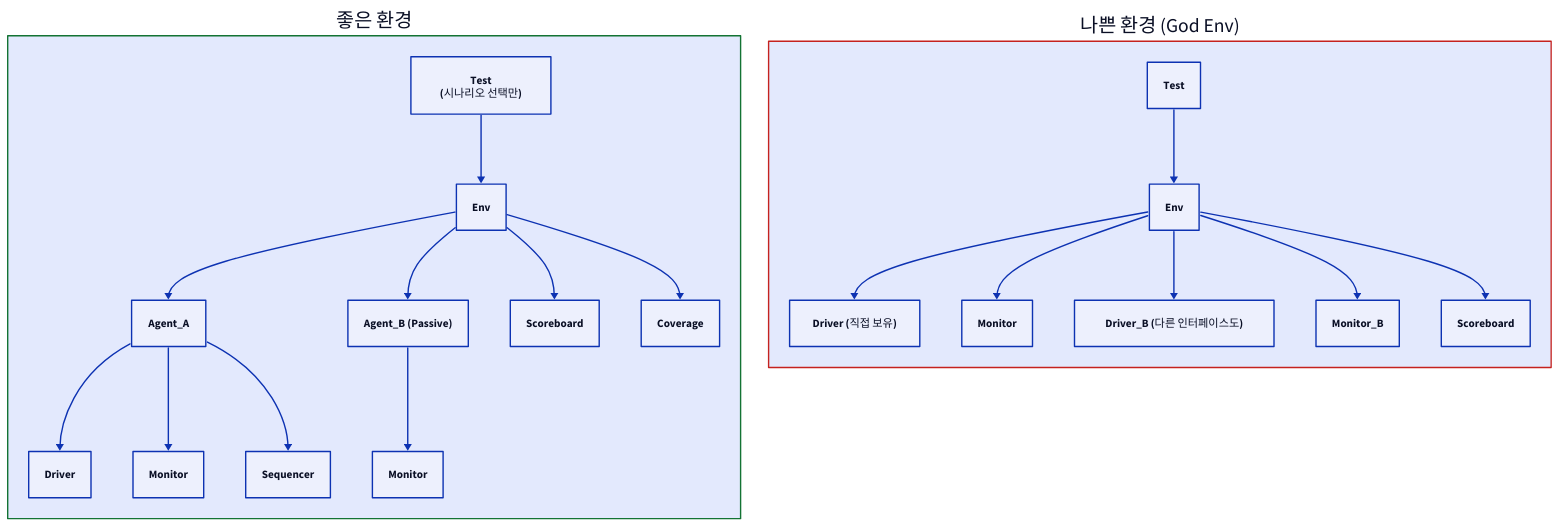
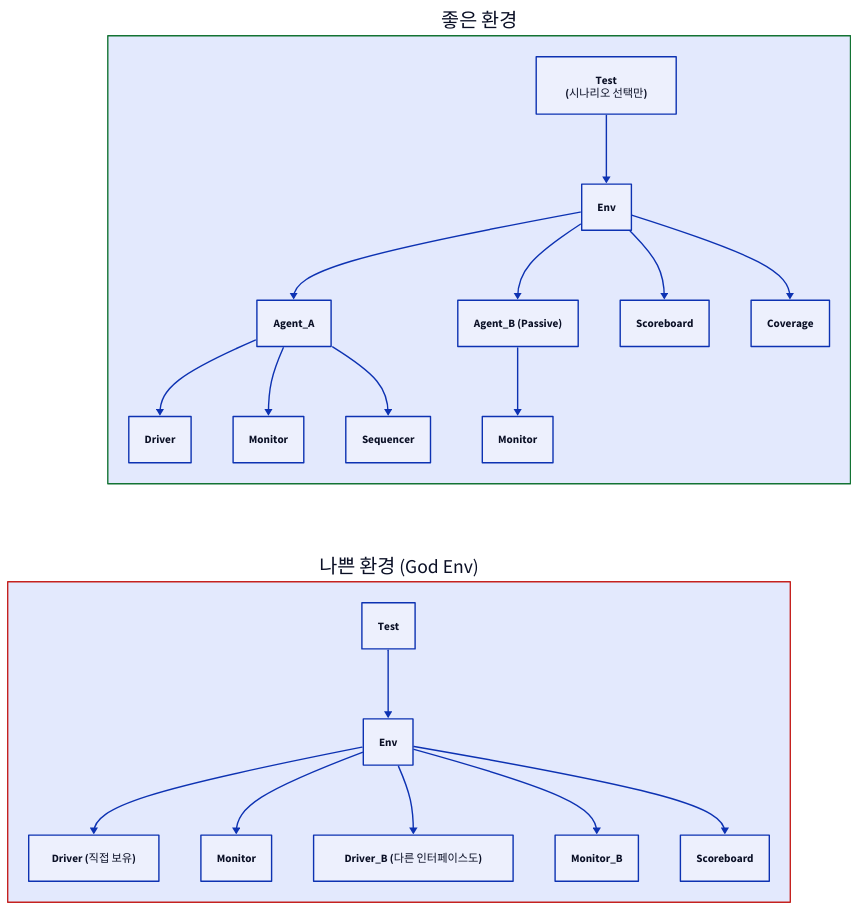
The diagram in topics/uvm/docs/06_practical_patterns.md (humbleowl39/DV_SKOOL), drawn with D2 before and after one commit.

Commit message:
docs(uvm): 다이어그램 가시성 파일럿 — 06 GOOD/BAD 비교 D2 세로 스택
연결 엣지 없는 두 클러스터를 elk가 가로 배치(1946x702, ratio 2.8 →
폭 축소 시 글자 뭉개짐)하던 것을 invisible 정렬 엣지로 세로 스택 유도.
결과: 1040x1270 (ratio 1.22) — 단일 비교 다이어그램 유지하며 가독성 개선.

````diff
--- a/topics/uvm/docs/06_practical_patterns.md
+++ b/topics/uvm/docs/06_practical_patterns.md
@@ -77,49 +77,52 @@
 ```d2
 direction: down
 
 GOOD: "좋은 환경" {
   style.stroke: "#137333"
   style.stroke-width: 2
 
   GT: "Test\n(시나리오 선택만)"
   GE: Env
   GA: Agent_A
   GAD: Driver
   GAM: Monitor
   GAS: Sequencer
   GB: "Agent_B (Passive)"
   GBM: Monitor
   GSB: Scoreboard
   GCOV: Coverage
 
   GT -> GE
   GE -> GA
   GA -> GAD
   GA -> GAM
   GA -> GAS
   GE -> GB
   GB -> GBM
   GE -> GSB
   GE -> GCOV
 }
 
 BAD: "나쁜 환경 (God Env)" {
   style.stroke: "#c5221f"
   style.stroke-width: 2
 
   BT: Test
   BE: Env
   BD: "Driver (직접 보유)"
   BM: Monitor
   BD2: "Driver_B (다른 인터페이스도)"
   BM2: Monitor_B
   BSB: Scoreboard
 
   BT -> BE
   BE -> BD
   BE -> BM
   BE -> BD2
   BE -> BM2
   BE -> BSB
 }
+
+# 두 비교 클러스터를 세로로 스택 (가로 폭 축소 → 글자 가독성) — 정렬용 invisible edge
+GOOD -> BAD: { style.opacity: 0.0 }
 ```
````
